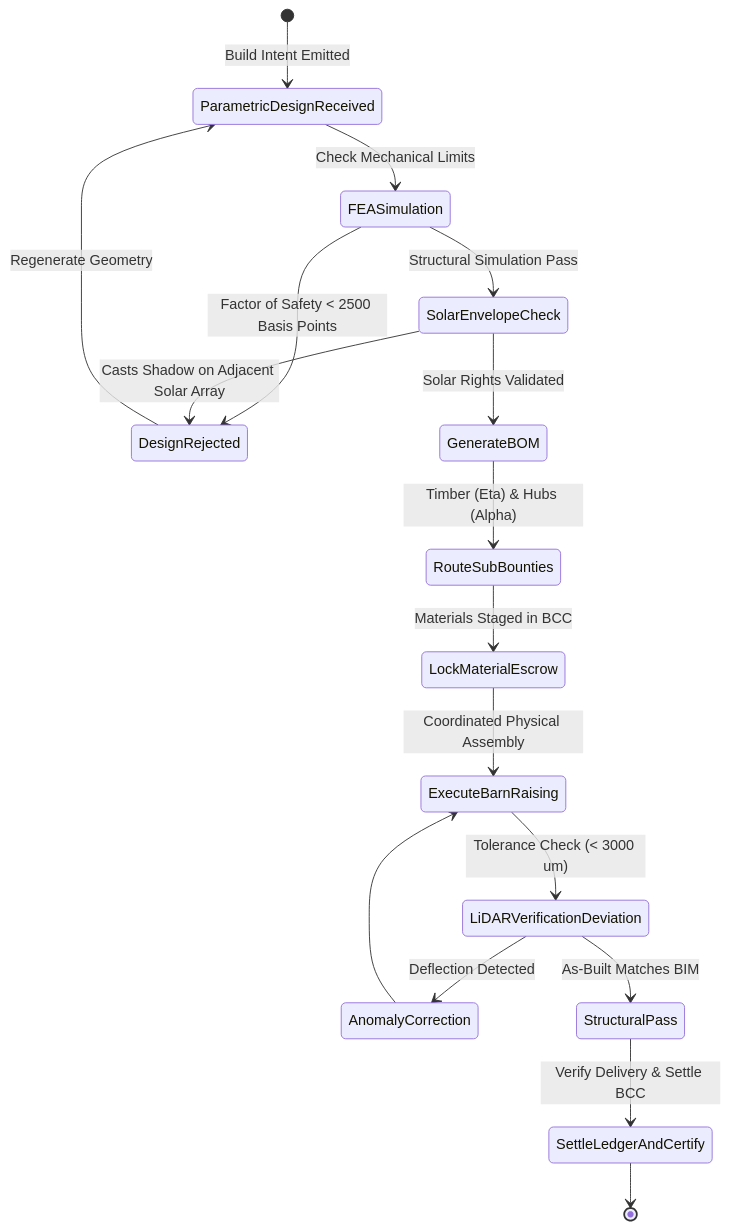
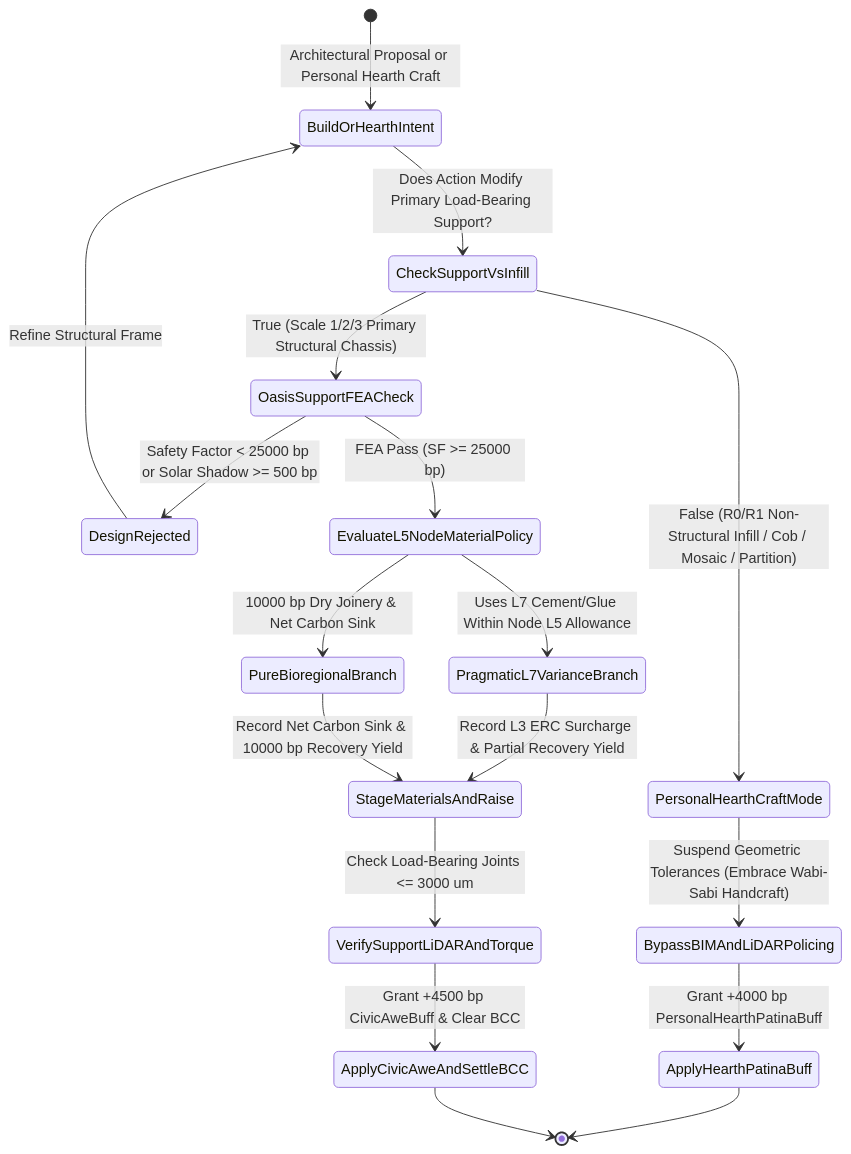
Before and after one commit to raffaine/collective: the third of 3 diagrams in docs/scenarios/xi_architecture.md, drawn with Mermaid. The commit also changed other lines of this file and 10 other files, not shown here.

````diff
--- a/docs/scenarios/xi_architecture.md
+++ b/docs/scenarios/xi_architecture.md
@@ -83,19 +128,21 @@
 ```mermaid
 stateDiagram-v2
-    [*] --> ParametricDesignReceived: Build Intent Emitted
-    ParametricDesignReceived --> FEASimulation: Check Mechanical Limits
-    FEASimulation --> DesignRejected: Factor of Safety < 2500 Basis Points
-    DesignRejected --> ParametricDesignReceived: Regenerate Geometry
-    FEASimulation --> SolarEnvelopeCheck: Structural Simulation Pass
-    SolarEnvelopeCheck --> DesignRejected: Casts Shadow on Adjacent Solar Array
-    SolarEnvelopeCheck --> GenerateBOM: Solar Rights Validated
-    GenerateBOM --> RouteSubBounties: Timber (Eta) & Hubs (Alpha)
-    RouteSubBounties --> LockMaterialEscrow: Materials Staged in BCC
-    LockMaterialEscrow --> ExecuteBarnRaising: Coordinated Physical Assembly
-    ExecuteBarnRaising --> LiDARVerificationDeviation: Tolerance Check (< 3000 um)
-    LiDARVerificationDeviation --> AnomalyCorrection: Deflection Detected
-    AnomalyCorrection --> ExecuteBarnRaising
-    LiDARVerificationDeviation --> StructuralPass: As-Built Matches BIM
-    StructuralPass --> SettleLedgerAndCertify: Verify Delivery & Settle BCC
-    SettleLedgerAndCertify --> [*]
+    [*] --> BuildOrHearthIntent: Architectural Proposal or Personal Hearth Craft
+    BuildOrHearthIntent --> CheckSupportVsInfill: Does Action Modify Primary Load-Bearing Support?
+    CheckSupportVsInfill --> PersonalHearthCraftMode: False (R0/R1 Non-Structural Infill / Cob / Mosaic / Partition)
+    PersonalHearthCraftMode --> BypassBIMAndLiDARPolicing: Suspend Geometric Tolerances (Embrace Wabi-Sabi Handcraft)
+    BypassBIMAndLiDARPolicing --> ApplyHearthPatinaBuff: Grant +4000 bp PersonalHearthPatinaBuff
+    ApplyHearthPatinaBuff --> [*]
+
+    CheckSupportVsInfill --> OasisSupportFEACheck: True (Scale 1/2/3 Primary Structural Chassis)
+    OasisSupportFEACheck --> DesignRejected: Safety Factor < 25000 bp or Solar Shadow >= 500 bp
+    DesignRejected --> BuildOrHearthIntent: Refine Structural Frame
+    OasisSupportFEACheck --> EvaluateL5NodeMaterialPolicy: FEA Pass (SF >= 25000 bp)
+    EvaluateL5NodeMaterialPolicy --> PragmaticL7VarianceBranch: Uses L7 Cement/Glue Within Node L5 Allowance
+    EvaluateL5NodeMaterialPolicy --> PureBioregionalBranch: 10000 bp Dry Joinery & Net Carbon Sink
+    PragmaticL7VarianceBranch --> StageMaterialsAndRaise: Record L3 ERC Surcharge & Partial Recovery Yield
+    PureBioregionalBranch --> StageMaterialsAndRaise: Record Net Carbon Sink & 10000 bp Recovery Yield
+    StageMaterialsAndRaise --> VerifySupportLiDARAndTorque: Check Load-Bearing Joints <= 3000 um
+    VerifySupportLiDARAndTorque --> ApplyCivicAweAndSettleBCC: Grant +4500 bp CivicAweBuff & Clear BCC
+    ApplyCivicAweAndSettleBCC --> [*]
 ```
````
